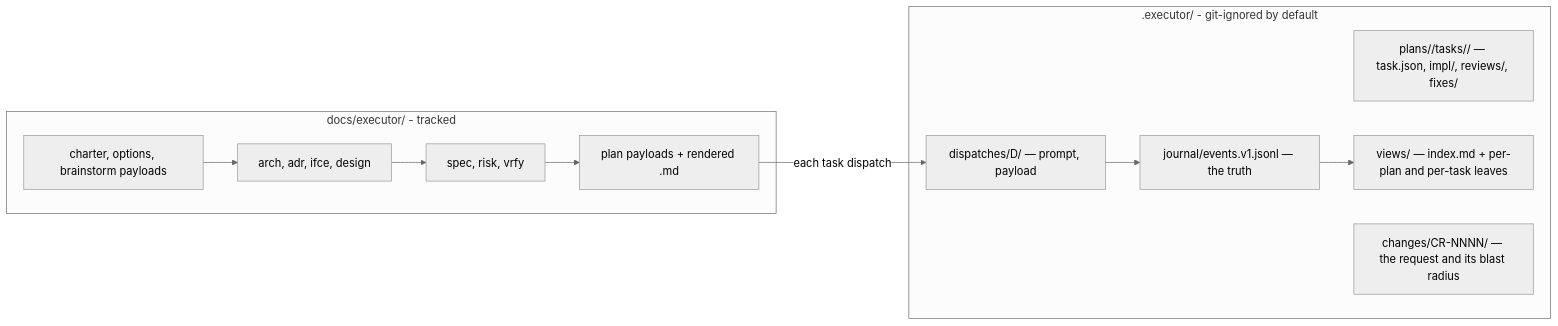
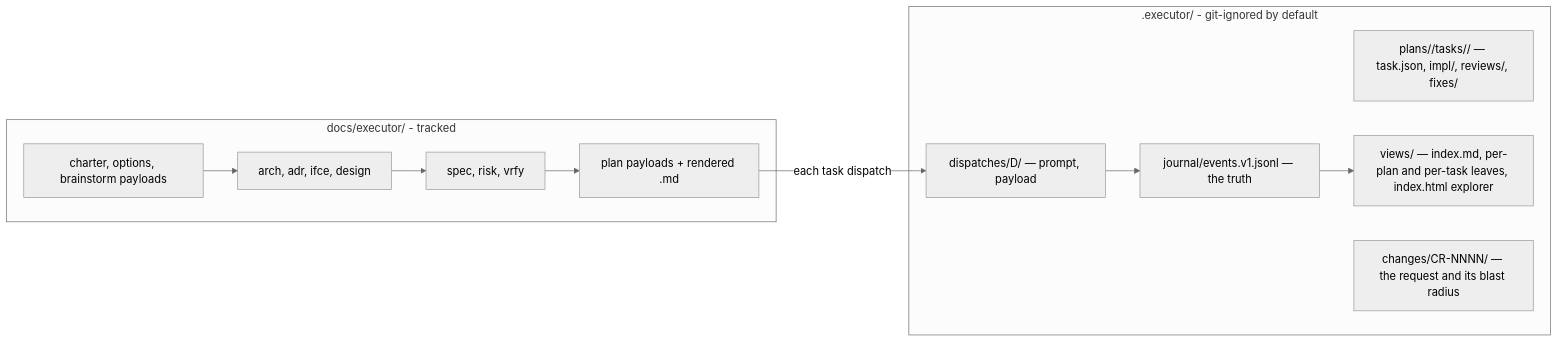
One commit to Atri10/executor changed the seventh of 8 diagrams in README.md. Above: the diagram before and after it, drawn with Mermaid (neutral theme). The commit also changed other lines of this file and 18 other files, not shown here.

````diff
--- a/README.md
+++ b/README.md
@@ -579,18 +586,18 @@
 ```mermaid
 flowchart LR
     subgraph THINK["docs/executor/ - tracked"]
         C["charter, options, brainstorm payloads"] --> A["arch, adr, ifce, design"]
         A --> S["spec, risk, vrfy"]
         S --> P["plan payloads + rendered .md"]
     end
     subgraph EXEC[".executor/ - git-ignored by default"]
         J["journal/events.v1.jsonl — the truth"]
         D["dispatches/D<NNNNN>/ — prompt, payload"]
         R["plans/<PLAN>/tasks/<TASK>/ — task.json, impl/, reviews/, fixes/"]
-        V["views/ — index.md + per-plan and per-task leaves"]
+        V["views/ — index.md, per-plan and per-task leaves, index.html explorer"]
         CH["changes/CR-NNNN/ — the request and its blast radius"]
     end
     P -->|"each task dispatch"| D
     D --> J
     J --> V
 ```
````
